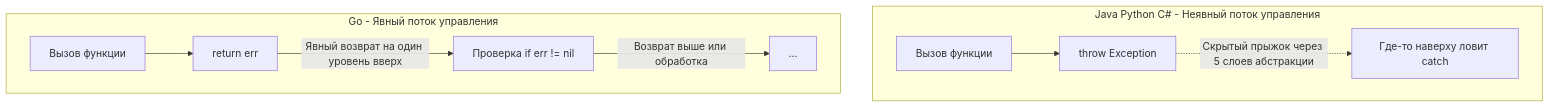
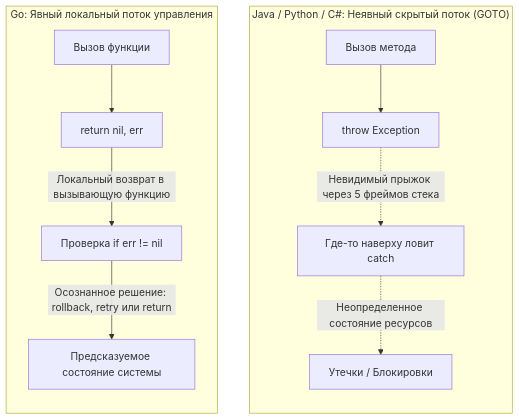
Before and after one commit to UnrealTemplier/go-textbook: the diagram in sources/4. История и философия Go/9. Errors Are Values. Почему в Go нет исключений.md, drawn with Mermaid. The commit also changed other lines of this file, not shown here.

````diff
--- a/sources/4. История и философия Go/9. Errors Are Values. Почему в Go нет исключений.md
+++ b/sources/4. История и философия Go/9. Errors Are Values. Почему в Go нет исключений.md
@@ -63,12 +83,16 @@
 ```mermaid
 flowchart TD
-    subgraph Java Python C# - Неявный поток управления
-        A1["Вызов функции"] --> B1["throw Exception"]
-        B1 -.->|"Скрытый прыжок через 5 слоев абстракции"| C1["Где-то наверху ловит catch"]
+    subgraph ExceptionModel["Java / Python / C#: Неявный скрытый поток (GOTO)"]
+        direction TB
+        A1["Вызов метода"] --> B1["throw Exception"]
+        B1 -.->|"Невидимый прыжок через 5 фреймов стека"| C1["Где-то наверху ловит catch"]
+        C1 -.->|"Неопределенное состояние ресурсов"| D1["Утечки / Блокировки"]
     end
-    subgraph Go - Явный поток управления
-        A2["Вызов функции"] --> B2["return err"]
-        B2 -->|"Явный возврат на один уровень вверх"| C2["Проверка if err != nil"]
-        C2 -->|"Возврат выше или обработка"| D2["..."]
+
+    subgraph GoModel["Go: Явный локальный поток управления"]
+        direction TB
+        A2["Вызов функции"] --> B2["return nil, err"]
+        B2 -->|"Локальный возврат в вызывающую функцию"| C2["Проверка if err != nil"]
+        C2 -->|"Осознанное решение: rollback, retry или return"| D2["Предсказуемое состояние системы"]
     end
 ```
````
